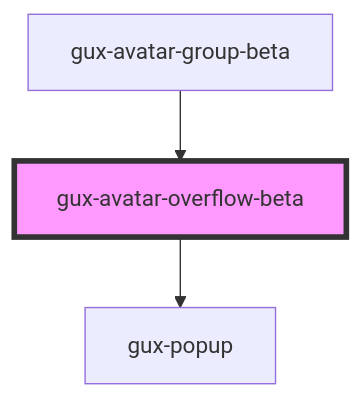
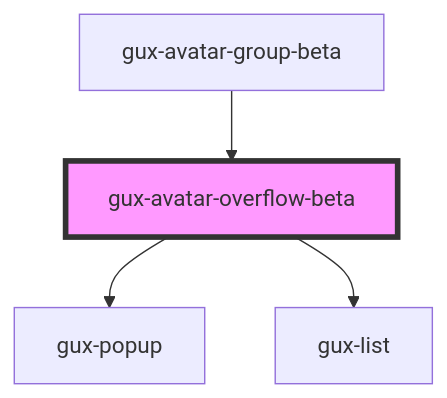
Before and after one commit to MyPureCloud/genesys-spark: the diagram in packages/genesys-spark-components/src/components/beta/gux-avatar-group/gux-avatar-overflow/readme.md, drawn with Mermaid. The commit also changed other lines of this file and 33 other files, not shown here.

````diff
--- a/packages/genesys-spark-components/src/components/beta/gux-avatar-group/gux-avatar-overflow/readme.md
+++ b/packages/genesys-spark-components/src/components/beta/gux-avatar-group/gux-avatar-overflow/readme.md
@@ -46,6 +47,7 @@
 ```mermaid
 graph TD;
   gux-avatar-overflow-beta --> gux-popup
+  gux-avatar-overflow-beta --> gux-list
   gux-avatar-group-beta --> gux-avatar-overflow-beta
   style gux-avatar-overflow-beta fill:#f9f,stroke:#333,stroke-width:4px
 ```
````
